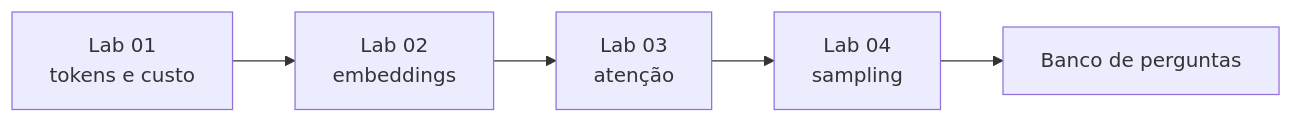
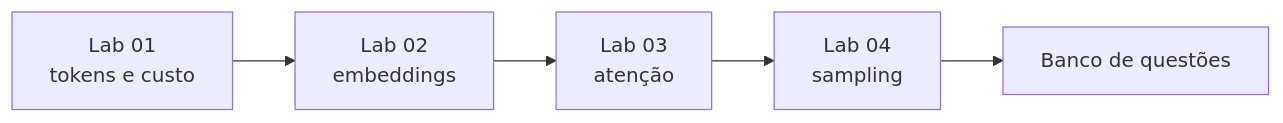
Before and after one commit to T3lo5/llm-notes: the fourth of 4 diagrams in content/mapa/Mapa - Funcionamento de LLMs.md, drawn with Mermaid. The commit also changed other lines of this file and 68 other files, not shown here.

````diff
--- a/content/mapa/Mapa - Funcionamento de LLMs.md
+++ b/content/mapa/Mapa - Funcionamento de LLMs.md
@@ -121,7 +121,7 @@
 ```mermaid
 flowchart LR
-    L1["Lab 01<br/>tokens e custo"] --> L2["Lab 02<br/>embeddings"]
-    L2 --> L3["Lab 03<br/>atenção"]
-    L3 --> L4["Lab 04<br/>sampling"]
-    L4 --> Q["Banco de perguntas"]
+ L1["Lab 01<br/>tokens e custo"] --> L2["Lab 02<br/>embeddings"]
+ L2 --> L3["Lab 03<br/>atenção"]
+ L3 --> L4["Lab 04<br/>sampling"]
+ L4 --> Q["Banco de questões"]
 ```
````
